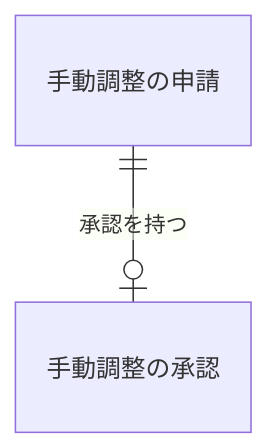
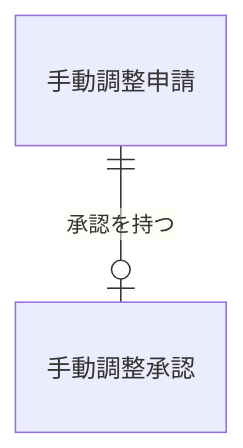
Before and after one commit to kasiopeiya/claude-dev-template: the fifth of 13 diagrams in samples/docs/requirements.md, drawn with Mermaid. The commit also changed other lines of this file, not shown here.

````diff
--- a/samples/docs/requirements.md
+++ b/samples/docs/requirements.md
@@ -312,6 +312,6 @@
 ```mermaid
 erDiagram
-    REQUEST["手動調整の申請"]
-    APPROVAL["手動調整の承認"]
+    REQUEST["手動調整申請"]
+    APPROVAL["手動調整承認"]
     REQUEST ||--o| APPROVAL : 承認を持つ
 ```
````
